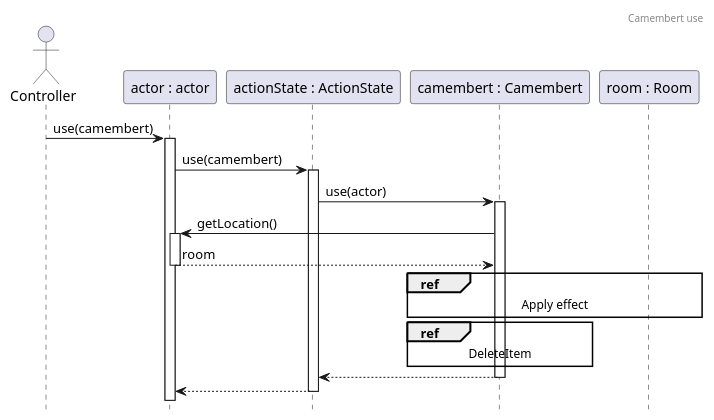
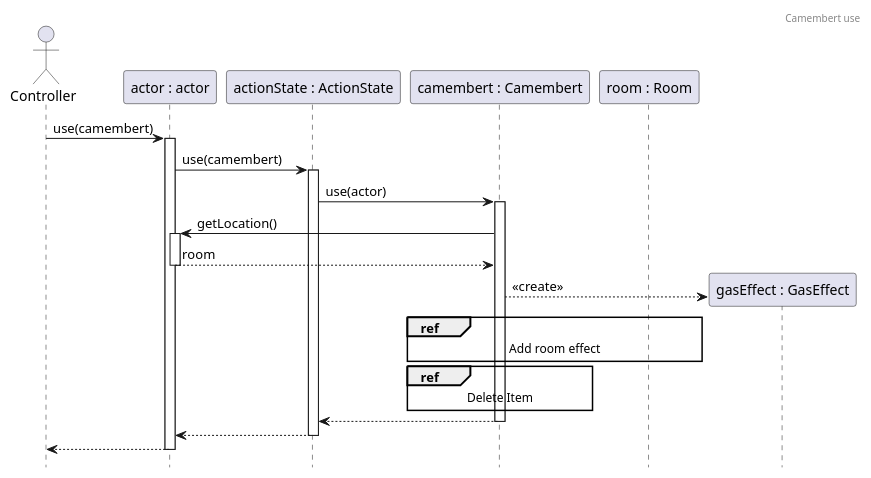
The diagram in docs/sequence/items/CamembertUse.puml (Kristof-me/Logarlec), drawn with PlantUML before and after one commit. The commit also changed 8 other files, not shown here.

Commit message:
Checked Sequence 13-24

```diff
--- a/docs/sequence/items/CamembertUse.puml
+++ b/docs/sequence/items/CamembertUse.puml
@@ -1,24 +1,27 @@
 @startuml CamembertUse
 header Camembert use
 
 actor controller as "Controller"
 participant actor as "actor : actor"
 participant state as "actionState : ActionState"
 participant camembert as "camembert : Camembert"
 participant room as "room : Room"
 
 controller -> actor++: use(camembert)
 actor -> state ++: use(camembert)
 state -> camembert++: use(actor)
 
 camembert -> actor++: getLocation()
 return room
 
-ref over camembert, room : Apply effect
-ref over camembert : DeleteItem
+create gasEffect as "gasEffect : GasEffect"
+camembert --> gasEffect : <<create>>
+ref over camembert, room : Add room effect
+ref over camembert : Delete Item
 
+return
 return
 return
 
 hide footbox
 @enduml
```
